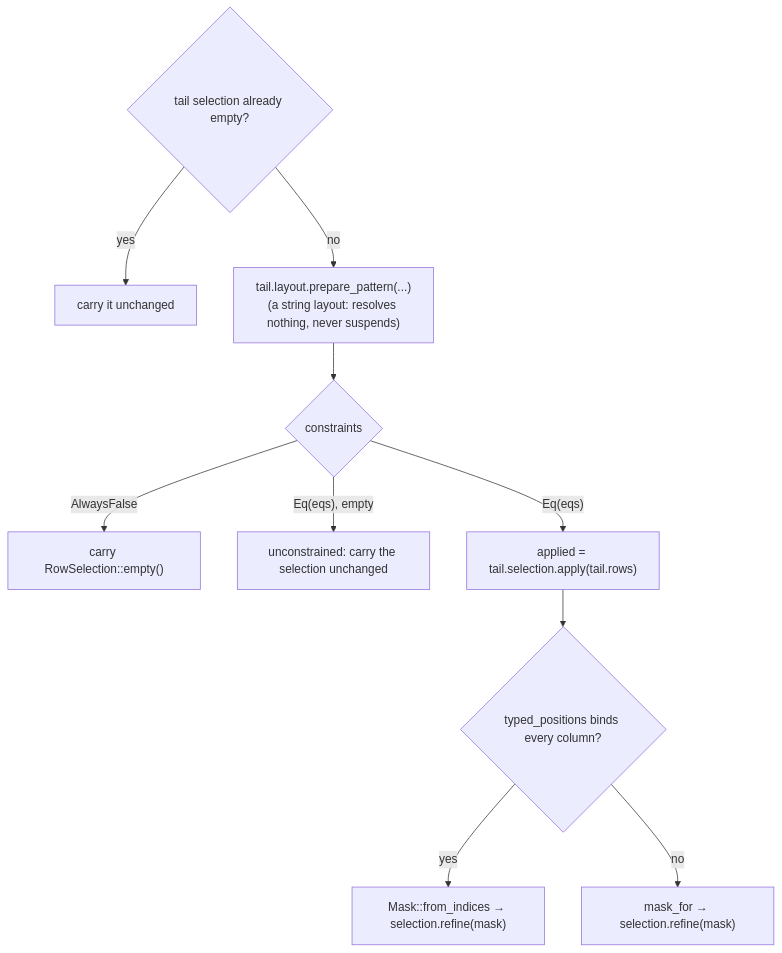
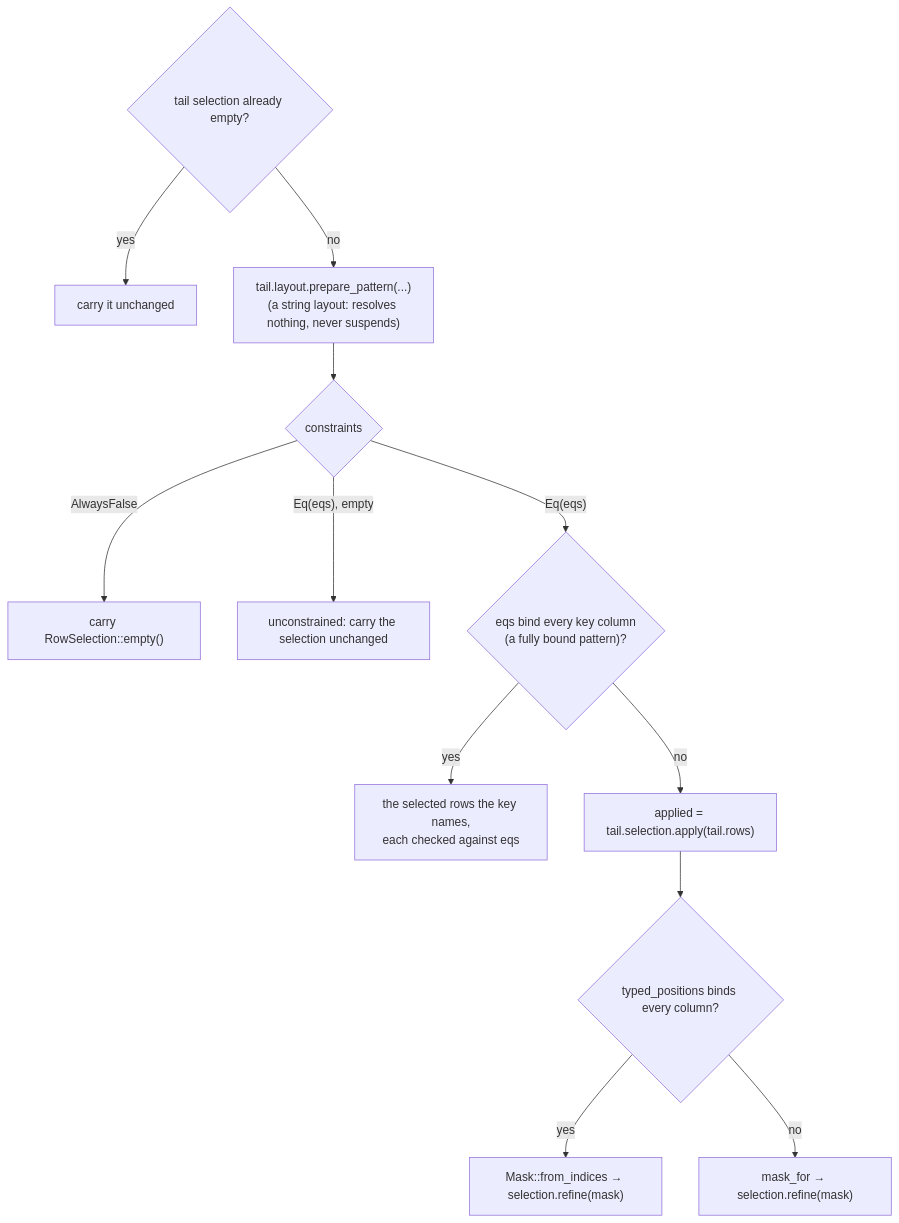
The fifth of 5 diagrams in docs/matching.md (vortex-rdf/vortex-rdf), drawn with Mermaid before and after one commit. The commit also changed other lines of this file and 10 other files, not shown here.

````diff
--- a/docs/matching.md
+++ b/docs/matching.md
@@ -844,12 +844,14 @@
 ```mermaid
 flowchart TD
     T0{"tail selection already empty?"} -- yes --> TC["carry it unchanged"]
     T0 -- no --> T1["tail.layout.prepare_pattern(...)<br/>(a string layout: resolves nothing, never suspends)"]
     T1 --> T2{"constraints"}
     T2 -- "AlwaysFalse" --> TE["carry RowSelection::empty()"]
     T2 -- "Eq(eqs), empty" --> TA["unconstrained: carry the selection unchanged"]
-    T2 -- "Eq(eqs)" --> T3["applied = tail.selection.apply(tail.rows)"]
+    T2 -- "Eq(eqs)" --> TK{"eqs bind every key column<br/>(a fully bound pattern)?"}
+    TK -- yes --> TR["the selected rows the key names,<br/>each checked against eqs"]
+    TK -- no --> T3["applied = tail.selection.apply(tail.rows)"]
     T3 --> T4{"typed_positions binds every column?"}
     T4 -- yes --> T5["Mask::from_indices → selection.refine(mask)"]
     T4 -- no --> T6["mask_for → selection.refine(mask)"]
 ```
````
